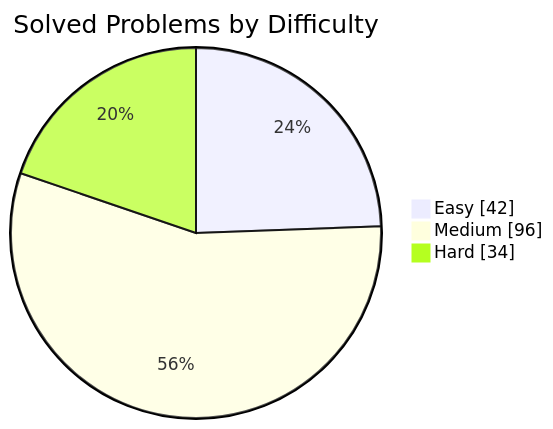
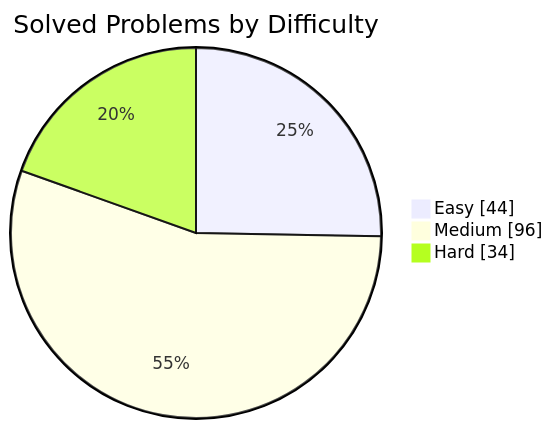
One commit to manikantbindass/DSA-Preparation-FAANG changed the first of 2 diagrams in README.md. Above: the diagram before and after it, drawn with Mermaid. The commit also changed other lines of this file, not shown here.

````diff
--- a/README.md
+++ b/README.md
@@ -38,7 +38,7 @@
 ```mermaid
 pie showData
     title Solved Problems by Difficulty
-    "Easy" : 42
+    "Easy" : 44
     "Medium" : 96
     "Hard" : 34
 ```
````
